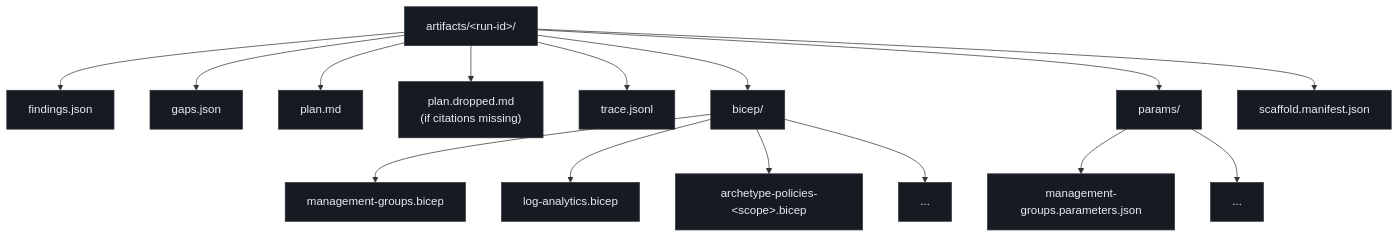
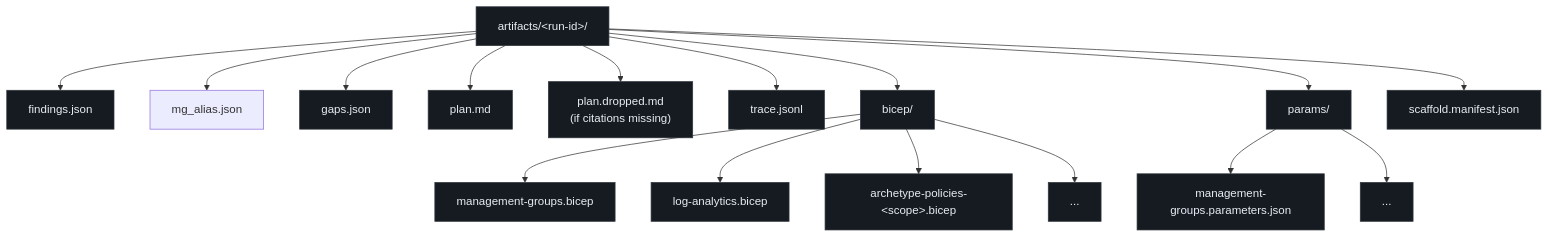
Before and after one commit to msucharda/slz-readiness: the second of 2 diagrams in wiki/docs/getting-started/overview.md, drawn with Mermaid. The commit also changed other lines of this file and 39 other files, not shown here.

````diff
--- a/wiki/docs/getting-started/overview.md
+++ b/wiki/docs/getting-started/overview.md
@@ -64,21 +66,22 @@
 ```mermaid
 flowchart TB
     Run["artifacts/&lt;run-id&gt;/"]
     Run --> F["findings.json"]
+    Run --> A["mg_alias.json"]
     Run --> G["gaps.json"]
     Run --> P["plan.md"]
     Run --> PD["plan.dropped.md<br>(if citations missing)"]
     Run --> T["trace.jsonl"]
     Run --> B["bicep/"]
     Run --> PR["params/"]
     Run --> M["scaffold.manifest.json"]
     B --> B1["management-groups.bicep"]
     B --> B2["log-analytics.bicep"]
     B --> B3["archetype-policies-&lt;scope&gt;.bicep"]
     B --> B4["..."]
     PR --> PR1["management-groups.parameters.json"]
     PR --> PR2["..."]
 
     classDef f fill:#161b22,stroke:#30363d,color:#e6edf3;
     class Run,F,G,P,PD,T,B,PR,M,B1,B2,B3,B4,PR1,PR2 f;
 ```
````
